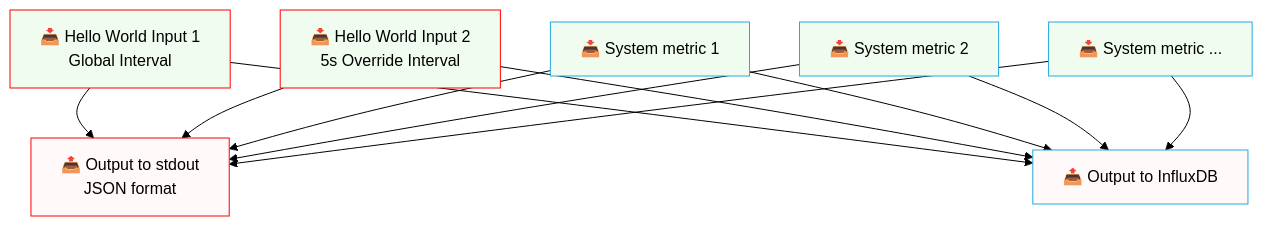
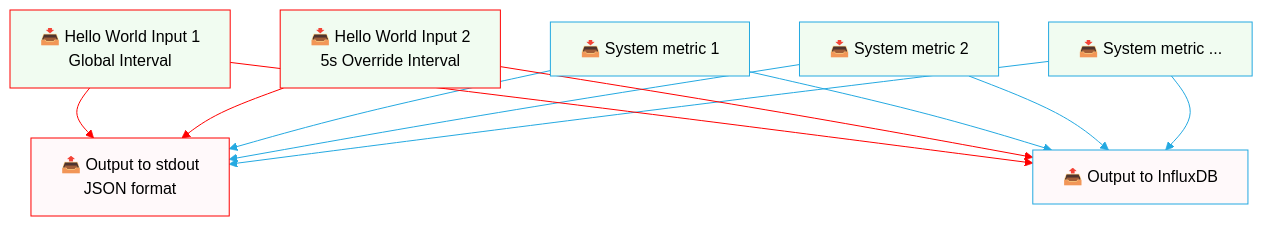
The second of 2 diagrams in project-hello-world-exec/README.md (fixedit-ai/fixedit-data-agent-examples), drawn with Mermaid (forest theme) before and after one commit. The commit also changed other lines of this file, not shown here.

Commit message:
Improve Hello World exec README readability and make diagram work in dark and light mode

````diff
--- a/project-hello-world-exec/README.md
+++ b/project-hello-world-exec/README.md
@@ -138,25 +185,28 @@
 ```mermaid
 flowchart TD
     A1["📥 Hello World Input 1<br/>Global Interval"] --> C
     A2["📥 Hello World Input 2<br/>5s Override Interval"] --> C
     C["📤 Output to stdout<br/>JSON format"]
 
     D1["📥 System metric 1"] --> C
     D2["📥 System metric 2"] --> C
     D3["📥 System metric ..."] --> C
 
     C2["📤 Output to InfluxDB"]
     A1 --> C2
     A2 --> C2
     D1 --> C2
     D2 --> C2
     D3 --> C2
 
-    style A1 fill:#F1FCF1,stroke:#ff0000
-    style A2 fill:#F1FCF1,stroke:#ff0000
-    style D1 fill:#F1FCF1,stroke:#24a9e1
-    style D2 fill:#F1FCF1,stroke:#24a9e1
-    style D3 fill:#F1FCF1,stroke:#24a9e1
-    style C fill:#FFF9FA,stroke:#ff0000
-    style C2 fill:#FFF9FA,stroke:#24a9e1
+    style A1 fill:#F1FCF1,stroke:#ff0000,color:#000000
+    style A2 fill:#F1FCF1,stroke:#ff0000,color:#000000
+    style D1 fill:#F1FCF1,stroke:#24a9e1,color:#000000
+    style D2 fill:#F1FCF1,stroke:#24a9e1,color:#000000
+    style D3 fill:#F1FCF1,stroke:#24a9e1,color:#000000
+    style C fill:#FFF9FA,stroke:#ff0000,color:#000000
+    style C2 fill:#FFF9FA,stroke:#24a9e1,color:#000000
+
+   linkStyle 0,1,5,6 stroke:#ff0000
+   linkStyle 2,3,4,7,8,9 stroke:#24a9e1
 ```
````
